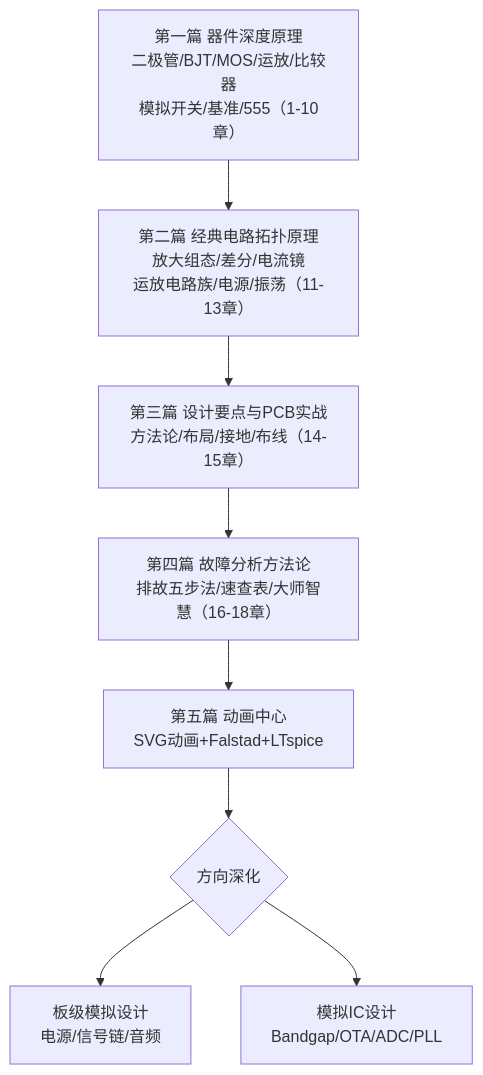
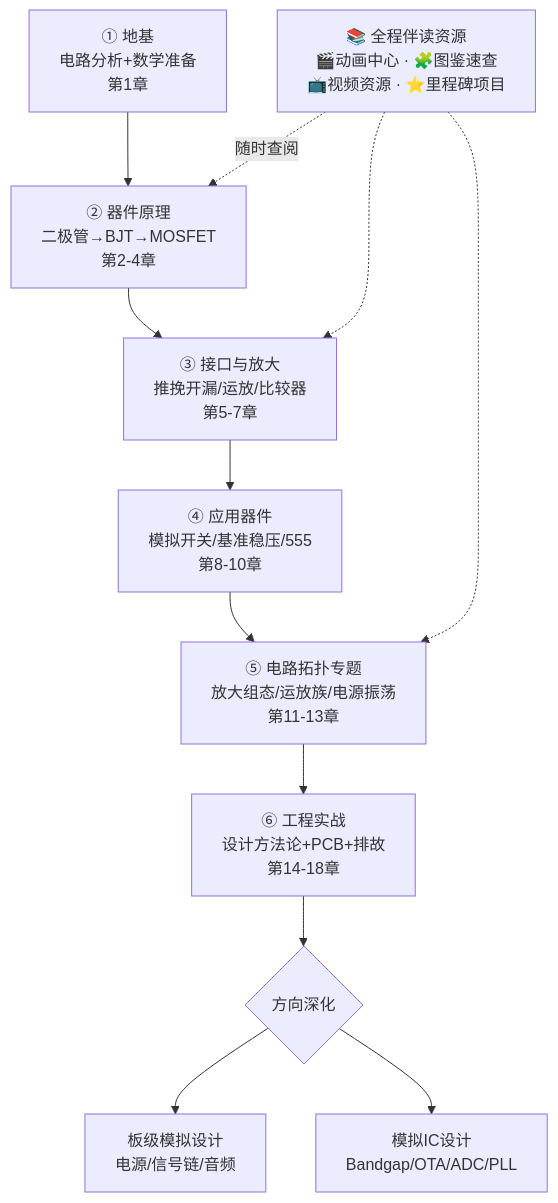
The diagram in README.md (zhuguang-ZFG/analog-circuit-roadmap), drawn with Mermaid before and after one commit. The commit also changed other lines of this file and 14 other files, not shown here.

First line of the commit message:
feat: waytoagi-style front matter + fixed roadmap mermaid + acknowledgments + CONTRIBUTING

````diff
--- a/README.md
+++ b/README.md
@@ -35,10 +53,14 @@
 ```mermaid
 graph TD
-    A[第一篇 器件深度原理<br/>二极管/BJT/MOS/运放/比较器<br/>模拟开关/基准/555（1-10章）] --> B[第二篇 经典电路拓扑原理<br/>放大组态/差分/电流镜<br/>运放电路族/电源/振荡（11-13章）]
-    B --> C[第三篇 设计要点与PCB实战<br/>方法论/布局/接地/布线（14-15章）]
-    C --> D[第四篇 故障分析方法论<br/>排故五步法/速查表/大师智慧（16-18章）]
-    D --> E[第五篇 动画中心<br/>SVG动画+Falstad+LTspice]
-    E --> F{方向深化}
-    F --> G[板级模拟设计<br/>电源/信号链/音频]
-    F --> H[模拟IC设计<br/>Bandgap/OTA/ADC/PLL]
+    A[① 地基<br/>电路分析+数学准备<br/>第1章] --> B[② 器件原理<br/>二极管→BJT→MOSFET<br/>第2-4章]
+    B --> C[③ 接口与放大<br/>推挽开漏/运放/比较器<br/>第5-7章]
+    C --> D[④ 应用器件<br/>模拟开关/基准稳压/555<br/>第8-10章]
+    D --> E[⑤ 电路拓扑专题<br/>放大组态/运放族/电源振荡<br/>第11-13章]
+    E --> F[⑥ 工程实战<br/>设计方法论+PCB+排故<br/>第14-18章]
+    F --> G{方向深化}
+    G --> H[板级模拟设计<br/>电源/信号链/音频]
+    G --> I[模拟IC设计<br/>Bandgap/OTA/ADC/PLL]
+    R[📚 全程伴读资源<br/>🎬动画中心 · 🧩图鉴速查<br/>📺视频资源 · ⭐里程碑项目] -. 随时查阅 .-> B
+    R -.-> C
+    R -.-> E
 ```
````
